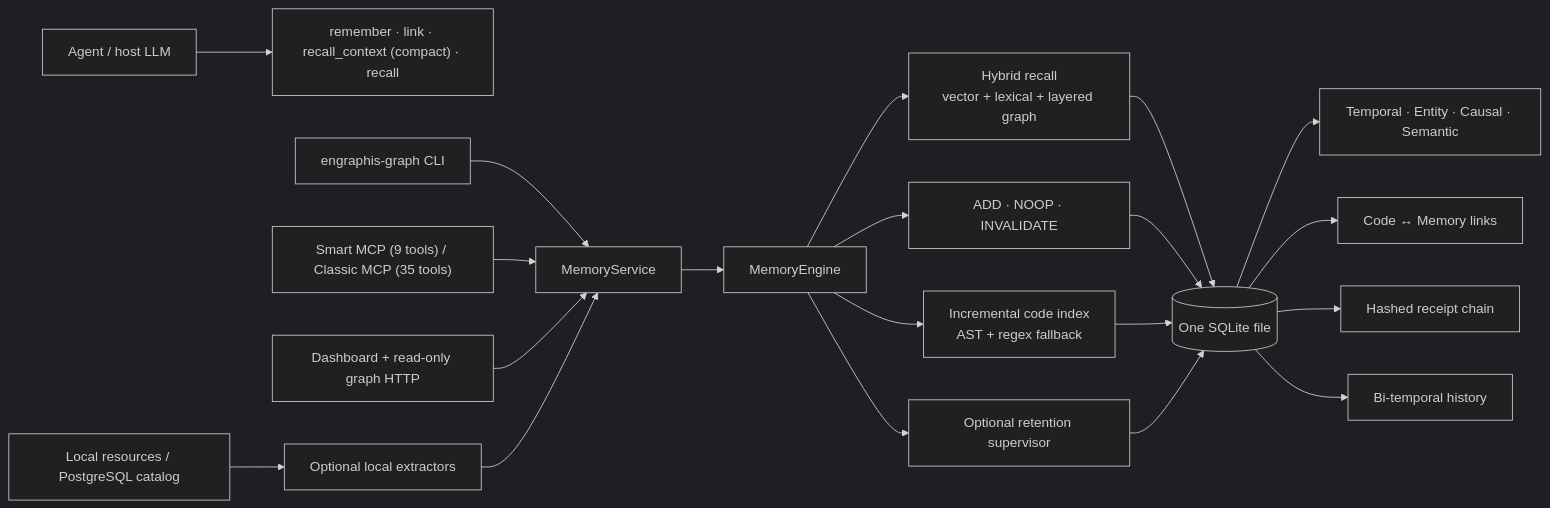
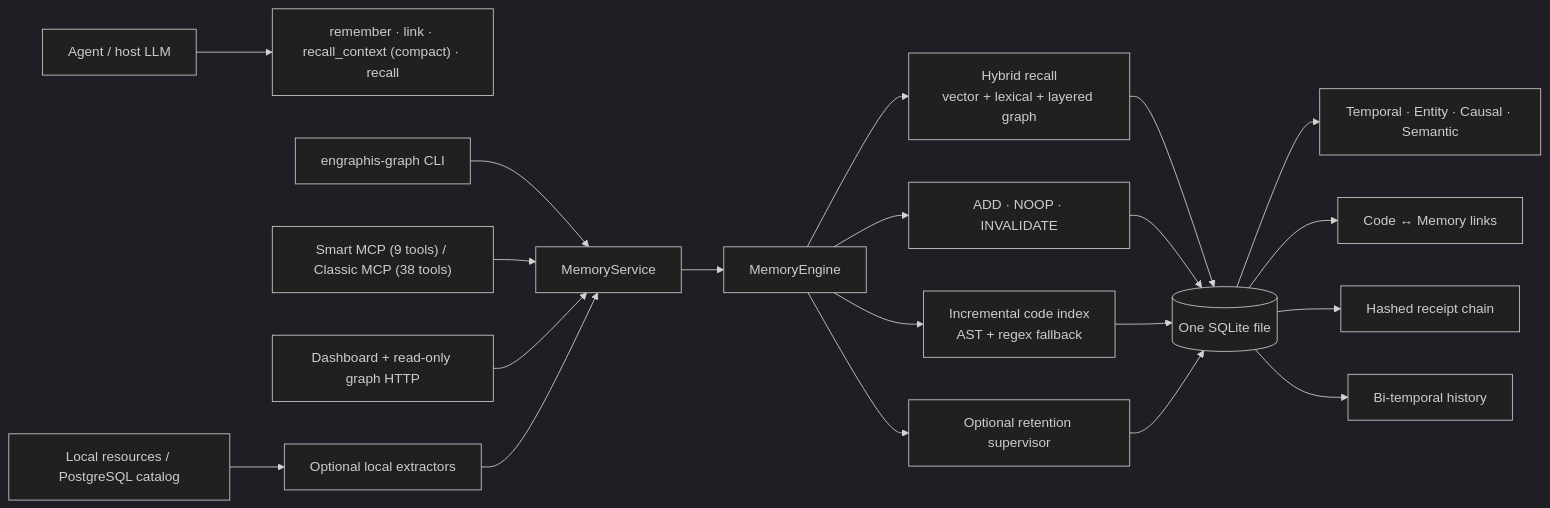
The diagram in docs/ARCHITECTURE_V3.md (Coding-Dev-Tools/engraphis), drawn with Mermaid (dark theme) before and after one commit. The commit also changed 47 other files, not shown here.

````diff
--- a/docs/ARCHITECTURE_V3.md
+++ b/docs/ARCHITECTURE_V3.md
@@ -7,25 +7,25 @@
 ```mermaid
 flowchart LR
     Agent["Agent / host LLM"] --> Intent["remember · link · recall_context (compact) · recall"]
     CLI["engraphis-graph CLI"] --> Service["MemoryService"]
-    MCP["Smart MCP (9 tools) / Classic MCP (35 tools)"] --> Service
+    MCP["Smart MCP (9 tools) / Classic MCP (38 tools)"] --> Service
     HTTP["Dashboard + read-only graph HTTP"] --> Service
     Import["Local resources / PostgreSQL catalog"] --> Extractors["Optional local extractors"]
     Extractors --> Service
 
     Service --> Engine["MemoryEngine"]
     Engine --> Recall["Hybrid recall\nvector + lexical + layered graph"]
     Engine --> Resolver["ADD · NOOP · INVALIDATE"]
     Engine --> Code["Incremental code index\nAST + regex fallback"]
     Engine --> Retention["Optional retention supervisor"]
 
     Recall --> SQLite[("One SQLite file")]
     Resolver --> SQLite
     Code --> SQLite
     Retention --> SQLite
 
     SQLite --> Layers["Temporal · Entity · Causal · Semantic"]
     SQLite --> Bridge["Code ↔ Memory links"]
     SQLite --> Receipts["Hashed receipt chain"]
     SQLite --> History["Bi-temporal history"]
 ```
````
